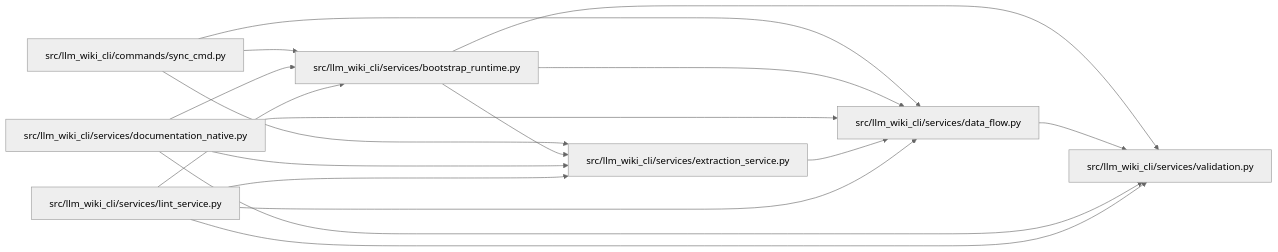
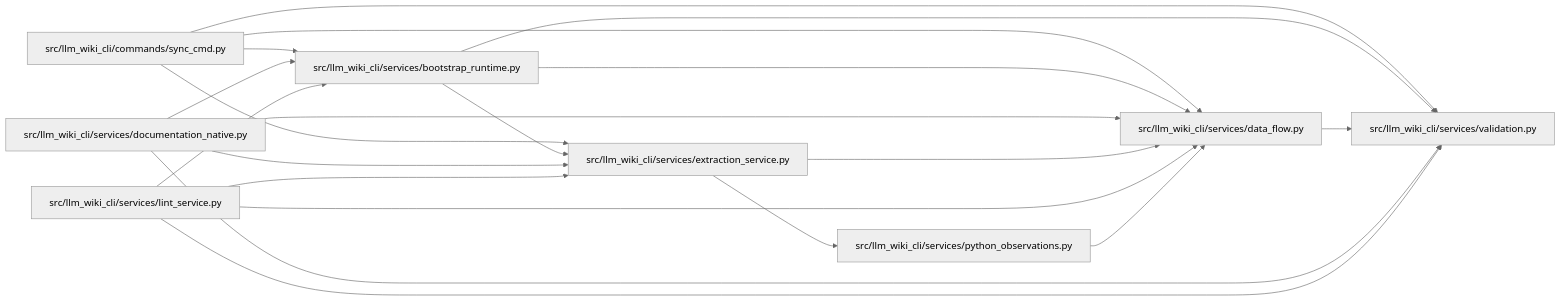
The diagram in docs/llm_wiki/modules/data_flow.md (Denissvgn/python-wiki-llm), drawn with Mermaid (neutral theme) before and after one commit. The commit also changed other lines of this file and 240 other files, not shown here.

````diff
--- a/docs/llm_wiki/modules/data_flow.md
+++ b/docs/llm_wiki/modules/data_flow.md
@@ -26,33 +26,38 @@
 ```mermaid
 flowchart LR
     n0["src/llm_wiki_cli/commands/sync_cmd.py"]
     n1["src/llm_wiki_cli/services/bootstrap_runtime.py"]
     n2["src/llm_wiki_cli/services/data_flow.py"]
     n3["src/llm_wiki_cli/services/documentation_native.py"]
     n4["src/llm_wiki_cli/services/extraction_service.py"]
     n5["src/llm_wiki_cli/services/lint_service.py"]
-    n6["src/llm_wiki_cli/services/validation.py"]
+    n6["src/llm_wiki_cli/services/python_observations.py"]
+    n7["src/llm_wiki_cli/services/validation.py"]
     n0 --> n1
     n0 --> n2
     n0 --> n4
+    n0 --> n7
     n1 --> n2
     n1 --> n4
-    n1 --> n6
-    n2 --> n6
+    n1 --> n7
+    n2 --> n7
     n3 --> n1
     n3 --> n2
     n3 --> n4
-    n3 --> n6
+    n3 --> n7
     n4 --> n2
+    n4 --> n6
     n5 --> n1
     n5 --> n2
     n5 --> n4
-    n5 --> n6
+    n5 --> n7
+    n6 --> n2
     click n0 "../modules/sync_cmd.md"
     click n1 "../modules/bootstrap_runtime.md"
     click n2 "../modules/data_flow.md"
     click n3 "../modules/documentation_native.md"
     click n4 "../modules/extraction_service.md"
     click n5 "../modules/lint_service.md"
-    click n6 "../modules/validation.md"
+    click n6 "../modules/python_observations.md"
+    click n7 "../modules/validation.md"
 ```
````
